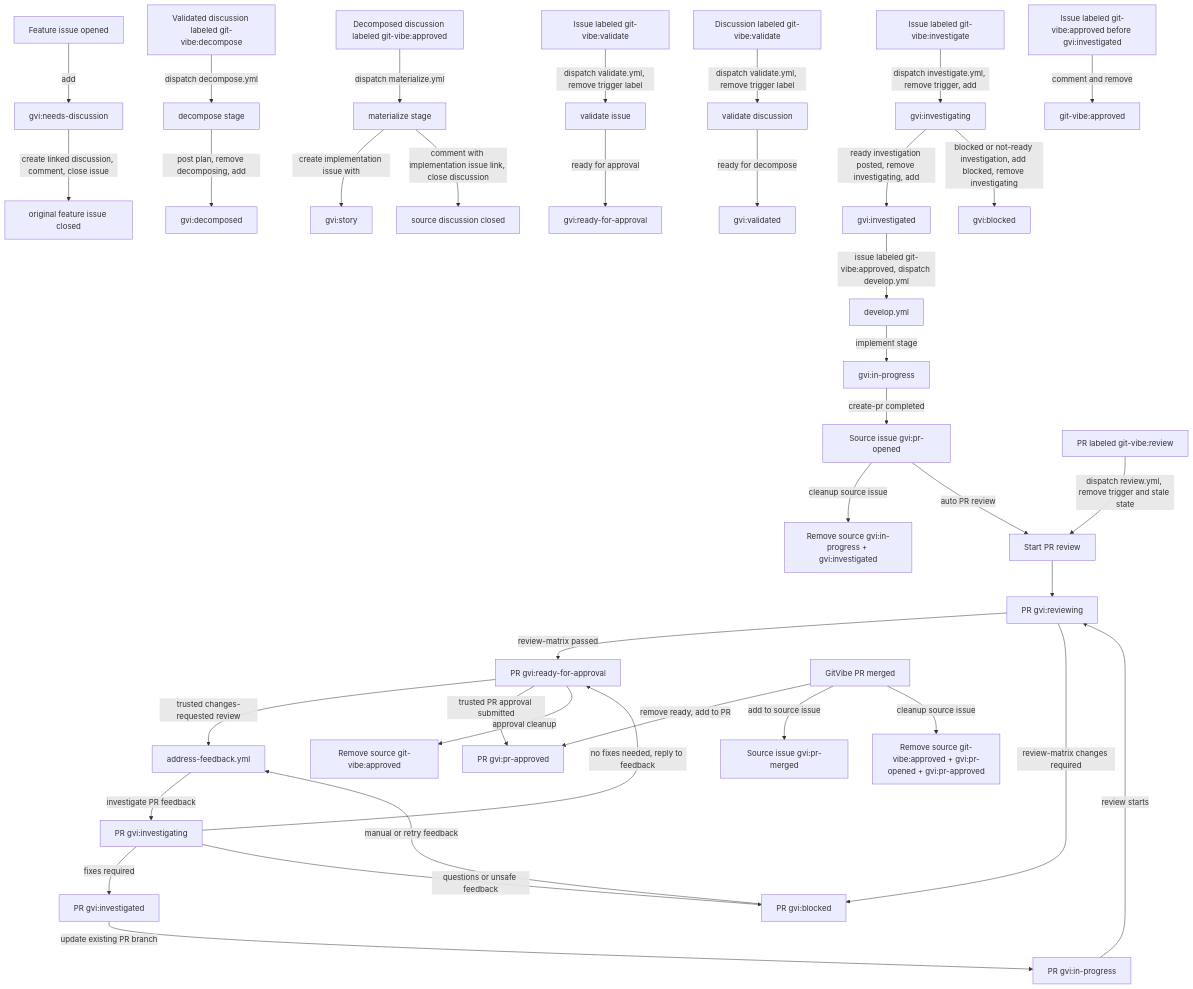
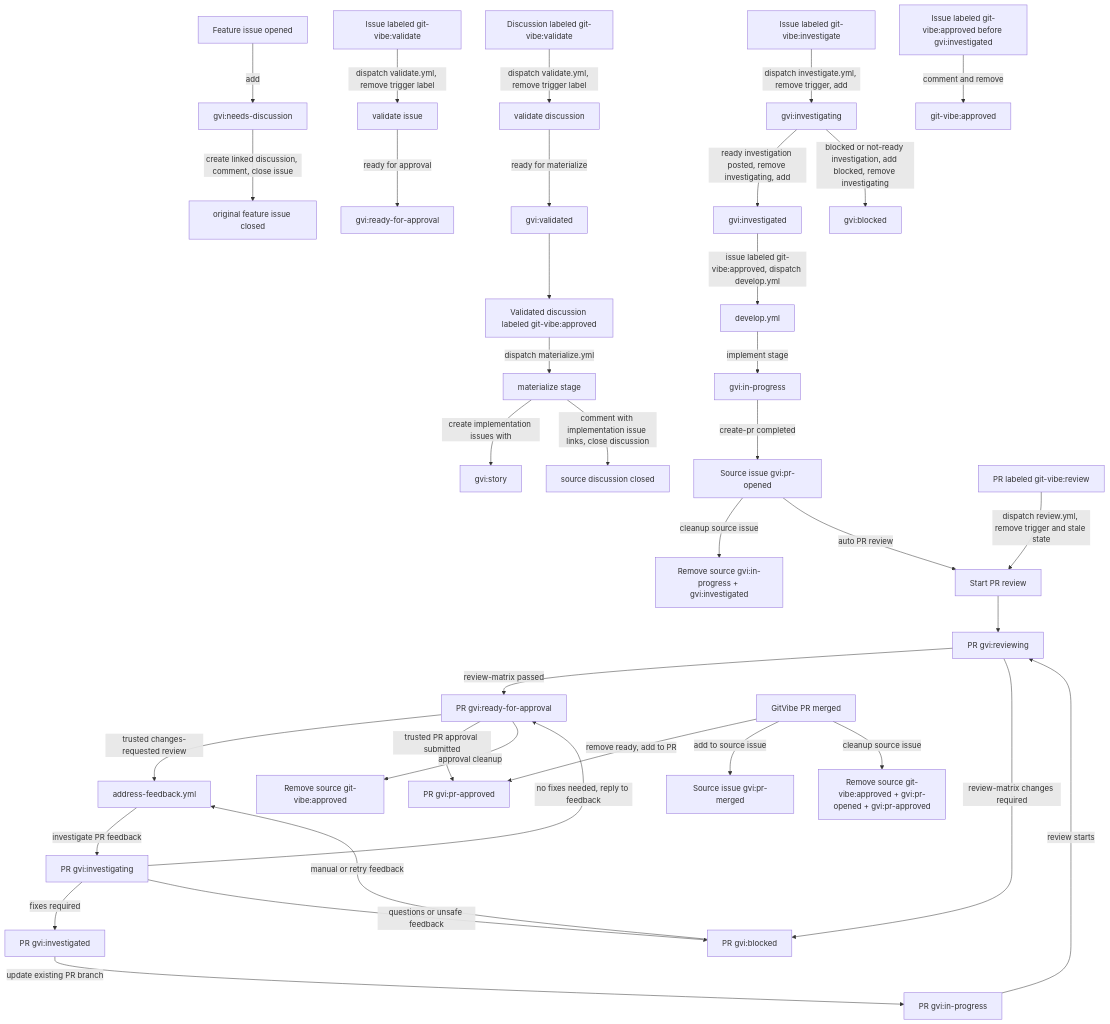
One commit to markhuangai/git-vibe changed the second of 7 diagrams in docs/WORKFLOW.md. Above: the diagram before and after it, drawn with Mermaid. The commit also changed other lines of this file and 47 other files, not shown here.

Commit message:
Merge decompose into materialize

````diff
--- a/docs/WORKFLOW.md
+++ b/docs/WORKFLOW.md
@@ -96,46 +96,45 @@
 ```mermaid
 flowchart TD
   FeatureIssue["Feature issue opened"] -->|add| NeedsDiscussion["gvi:needs-discussion"]
   NeedsDiscussion -->|create linked discussion, comment, close issue| ClosedFeatureIssue["original feature issue closed"]
-  DiscussionDecompose["Validated discussion labeled git-vibe:decompose"] -->|dispatch decompose.yml| Decompose["decompose stage"]
-  Decompose -->|post plan, remove decomposing, add| Decomposed["gvi:decomposed"]
-  DiscussionApproved["Decomposed discussion labeled git-vibe:approved"] -->|dispatch materialize.yml| Materialize["materialize stage"]
-  Materialize -->|create implementation issue with| Story["gvi:story"]
-  Materialize -->|comment with implementation issue link, close discussion| ClosedDiscussion["source discussion closed"]
+  DiscussionApproved["Validated discussion labeled git-vibe:approved"] -->|dispatch materialize.yml| Materialize["materialize stage"]
+  Materialize -->|create implementation issues with| Story["gvi:story"]
+  Materialize -->|comment with implementation issue links, close discussion| ClosedDiscussion["source discussion closed"]
 
   IssueValidate["Issue labeled git-vibe:validate"] -->|dispatch validate.yml, remove trigger label| ValidateIssue["validate issue"]
   DiscussionValidate["Discussion labeled git-vibe:validate"] -->|dispatch validate.yml, remove trigger label| ValidateDiscussion["validate discussion"]
   ValidateIssue -->|ready for approval| ReadyForApproval["gvi:ready-for-approval"]
-  ValidateDiscussion -->|ready for decompose| ValidatedDiscussion["gvi:validated"]
+  ValidateDiscussion -->|ready for materialize| ValidatedDiscussion["gvi:validated"]
+  ValidatedDiscussion --> DiscussionApproved
 
   IssueInvestigate["Issue labeled git-vibe:investigate"] -->|dispatch investigate.yml, remove trigger, add| Investigating["gvi:investigating"]
   Investigating -->|ready investigation posted, remove investigating, add| Investigated["gvi:investigated"]
   Investigating -->|blocked or not-ready investigation, add blocked, remove investigating| Blocked["gvi:blocked"]
   ApprovedTooEarly["Issue labeled git-vibe:approved before gvi:investigated"] -->|comment and remove| ApprovedViolation["git-vibe:approved"]
   Investigated -->|issue labeled git-vibe:approved, dispatch develop.yml| Develop["develop.yml"]
   Develop -->|implement stage| InProgress["gvi:in-progress"]
 
   InProgress -->|create-pr completed| PrOpened["Source issue gvi:pr-opened"]
   PrOpened -->|cleanup source issue| SourceCleanup["Remove source gvi:in-progress + gvi:investigated"]
   PrOpened -->|auto PR review| PrReviewStart["Start PR review"]
   PrReviewLabel["PR labeled git-vibe:review"] -->|dispatch review.yml, remove trigger and stale state| PrReviewStart
   PrReviewStart --> PrReviewing["PR gvi:reviewing"]
   PrReviewing -->|review-matrix passed| PrReady["PR gvi:ready-for-approval"]
   PrReviewing -->|review-matrix changes required| PrBlocked["PR gvi:blocked"]
 
   PrReady -->|trusted changes-requested review| PrFeedback["address-feedback.yml"]
   PrBlocked -->|manual or retry feedback| PrFeedback
   PrFeedback -->|investigate PR feedback| PrInvestigating["PR gvi:investigating"]
   PrInvestigating -->|no fixes needed, reply to feedback| PrReady
   PrInvestigating -->|fixes required| PrInvestigated["PR gvi:investigated"]
   PrInvestigating -->|questions or unsafe feedback| PrBlocked
   PrInvestigated -->|update existing PR branch| PrInProgress["PR gvi:in-progress"]
   PrInProgress -->|review starts| PrReviewing
 
   PrReady -->|trusted PR approval submitted| PrApproved["PR gvi:pr-approved"]
   PrReady -->|approval cleanup| ApprovalCleanup["Remove source git-vibe:approved"]
 
   PrMergedEvent["GitVibe PR merged"] -->|remove ready, add to PR| PrApproved
   PrMergedEvent -->|add to source issue| PrMerged["Source issue gvi:pr-merged"]
   PrMergedEvent -->|cleanup source issue| MergeCleanup["Remove source git-vibe:approved + gvi:pr-opened + gvi:pr-approved"]
 ```
````
